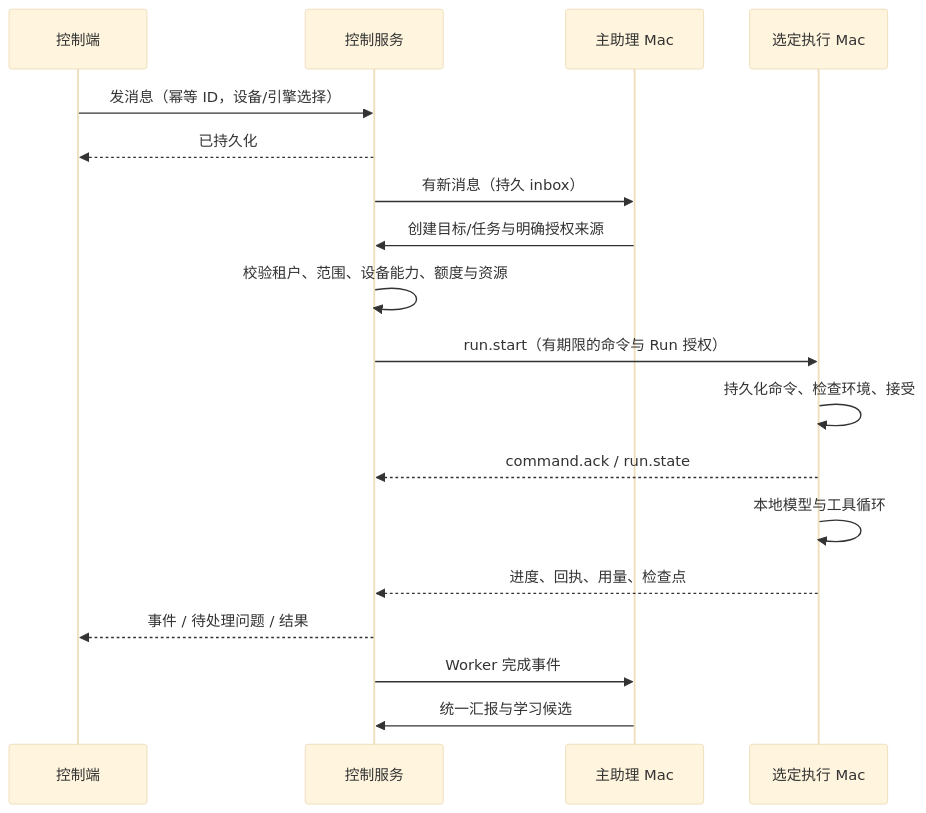
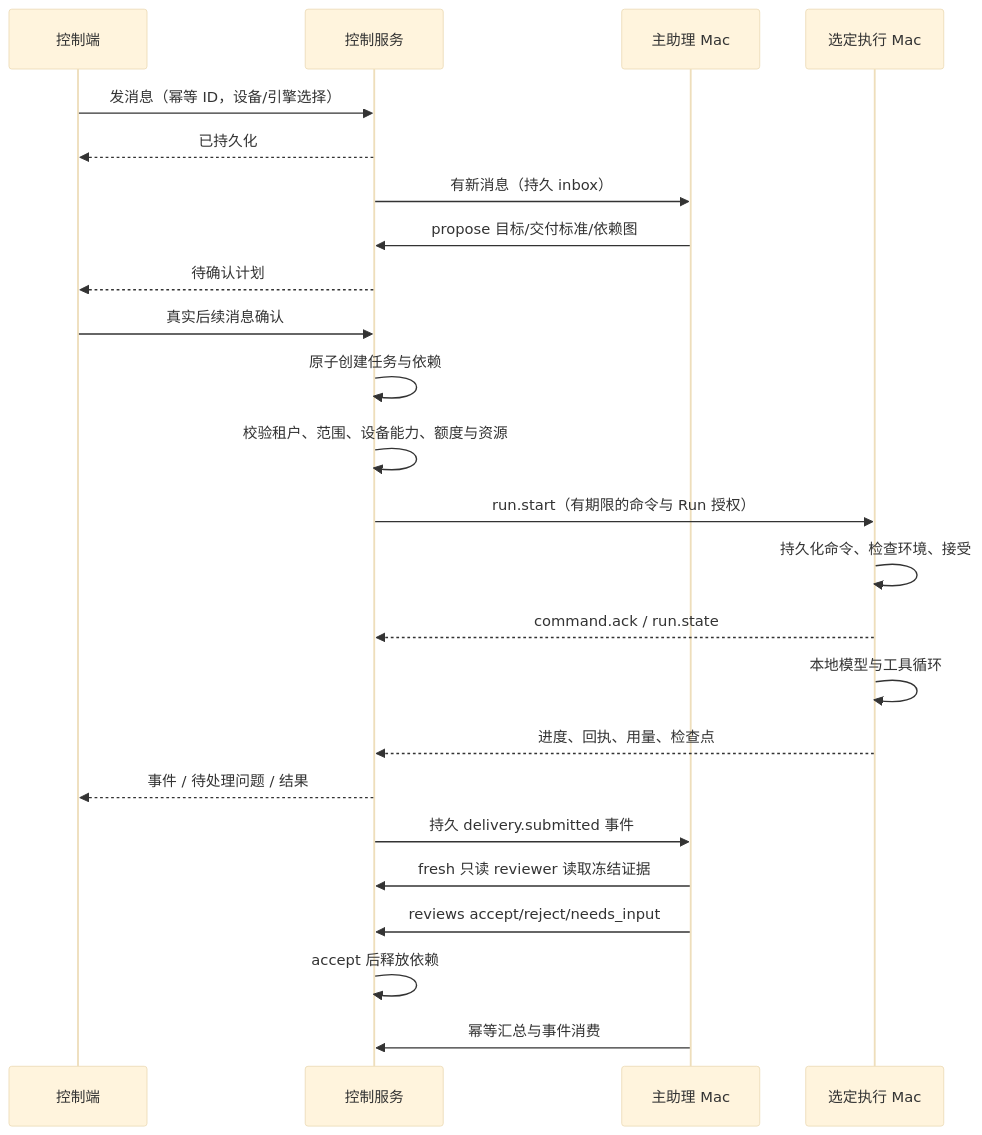
One commit to ximing/super-agent changed the second of 2 diagrams in docs/technical-design.md. Above: the diagram before and after it, drawn with Mermaid (base theme). The commit also changed other lines of this file and 92 other files, not shown here.

````diff
--- a/docs/technical-design.md
+++ b/docs/technical-design.md
@@ -191,20 +191,26 @@
 ```mermaid
 sequenceDiagram
     participant U as 控制端
     participant S as 控制服务
     participant A as 主助理 Mac
     participant W as 选定执行 Mac
     U->>S: 发消息（幂等 ID，设备/引擎选择）
     S-->>U: 已持久化
     S->>A: 有新消息（持久 inbox）
-    A->>S: 创建目标/任务与明确授权来源
+    A->>S: propose 目标/交付标准/依赖图
+    S-->>U: 待确认计划
+    U->>S: 真实后续消息确认
+    S->>S: 原子创建任务与依赖
     S->>S: 校验租户、范围、设备能力、额度与资源
     S->>W: run.start（有期限的命令与 Run 授权）
     W->>W: 持久化命令、检查环境、接受
     W-->>S: command.ack / run.state
     W->>W: 本地模型与工具循环
     W-->>S: 进度、回执、用量、检查点
     S-->>U: 事件 / 待处理问题 / 结果
-    S->>A: Worker 完成事件
-    A->>S: 统一汇报与学习候选
+    S->>A: 持久 delivery.submitted 事件
+    A->>S: fresh 只读 reviewer 读取冻结证据
+    A->>S: reviews accept/reject/needs_input
+    S->>S: accept 后释放依赖
+    A->>S: 幂等汇总与事件消费
 ```
````
